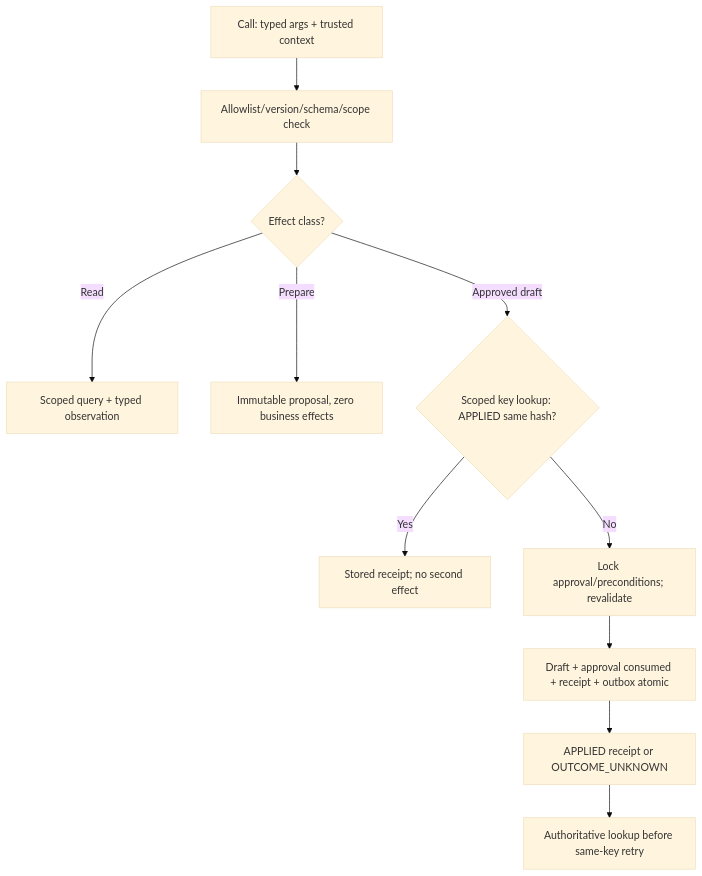
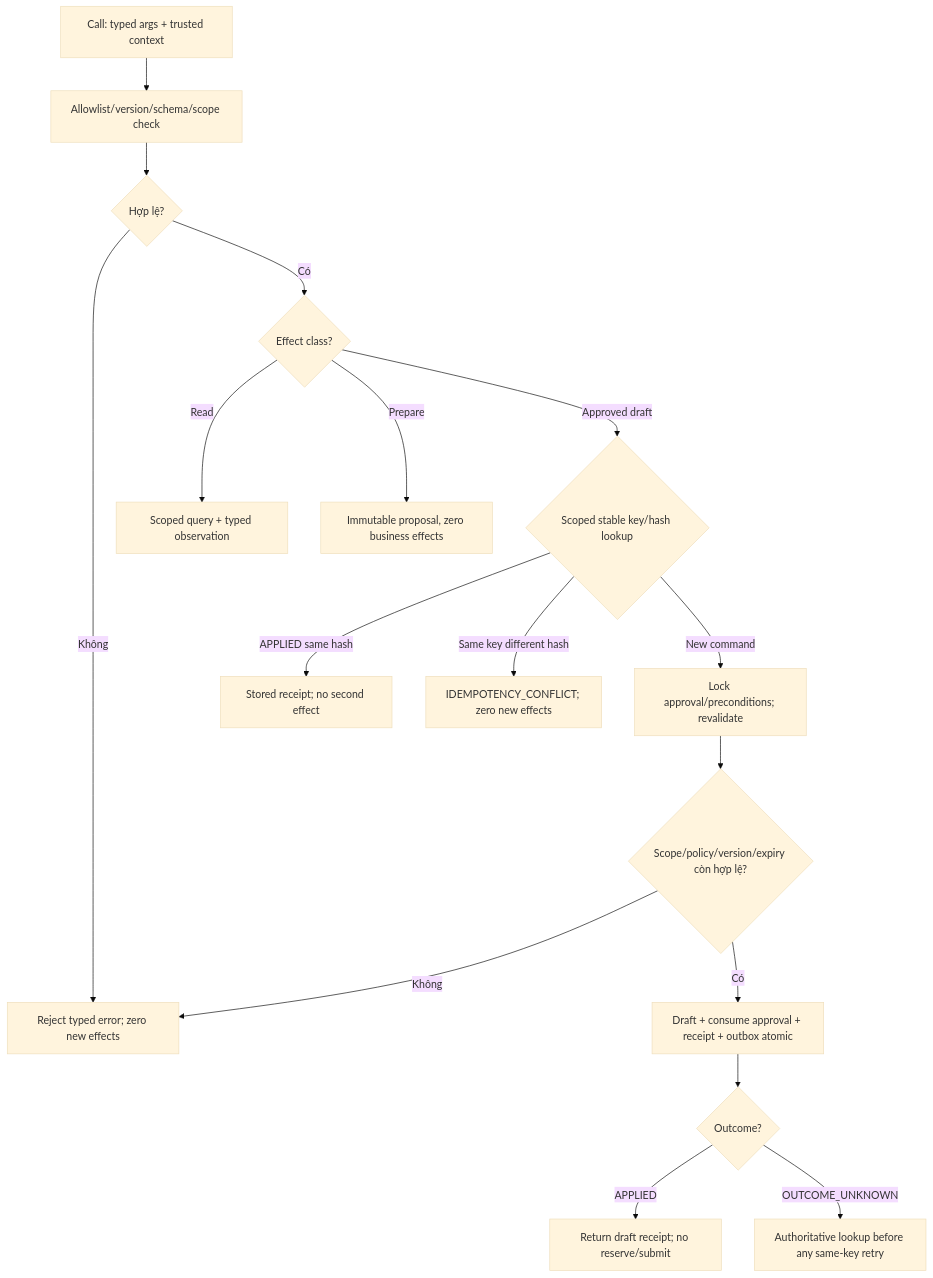
Before and after one commit to Baronger23/ERP.SmartHelpDesk: the diagram in docs/design/ai_architecture/05_tool_registry_and_contracts.md, drawn with Mermaid (base theme). The commit also changed 70 other files, not shown here.

````diff
--- a/docs/design/ai_architecture/05_tool_registry_and_contracts.md
+++ b/docs/design/ai_architecture/05_tool_registry_and_contracts.md
@@ -73,13 +73,19 @@
 ```mermaid
 flowchart TD
     A["Call: typed args + trusted context"] --> B["Allowlist/version/schema/scope check"]
-    B --> C{"Effect class?"}
+    B --> OK{"Hợp lệ?"}
+    OK -->|"Không"| DENY["Reject typed error; zero new effects"]
+    OK -->|"Có"| C{"Effect class?"}
     C -->|"Read"| R["Scoped query + typed observation"]
     C -->|"Prepare"| P["Immutable proposal, zero business effects"]
-    C -->|"Approved draft"| K{"Scoped key lookup: APPLIED same hash?"}
-    K -->|"Yes"| OLD["Stored receipt; no second effect"]
-    K -->|"No"| W["Lock approval/preconditions; revalidate"]
-    W --> X["Draft + approval consumed + receipt + outbox atomic"]
-    X --> Y["APPLIED receipt or OUTCOME_UNKNOWN"]
-    Y --> L["Authoritative lookup before same-key retry"]
+    C -->|"Approved draft"| K{"Scoped stable key/hash lookup"}
+    K -->|"APPLIED same hash"| OLD["Stored receipt; no second effect"]
+    K -->|"Same key different hash"| CONFLICT["IDEMPOTENCY_CONFLICT; zero new effects"]
+    K -->|"New command"| W["Lock approval/preconditions; revalidate"]
+    W --> VALID{"Scope/policy/version/expiry còn hợp lệ?"}
+    VALID -->|"Không"| DENY
+    VALID -->|"Có"| X["Draft + consume approval + receipt + outbox atomic"]
+    X --> Y{"Outcome?"}
+    Y -->|"APPLIED"| DONE["Return draft receipt; no reserve/submit"]
+    Y -->|"OUTCOME_UNKNOWN"| L["Authoritative lookup before any same-key retry"]
 ```
````
